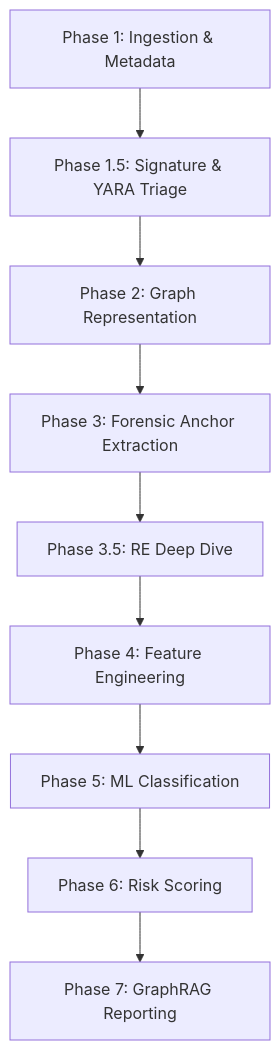
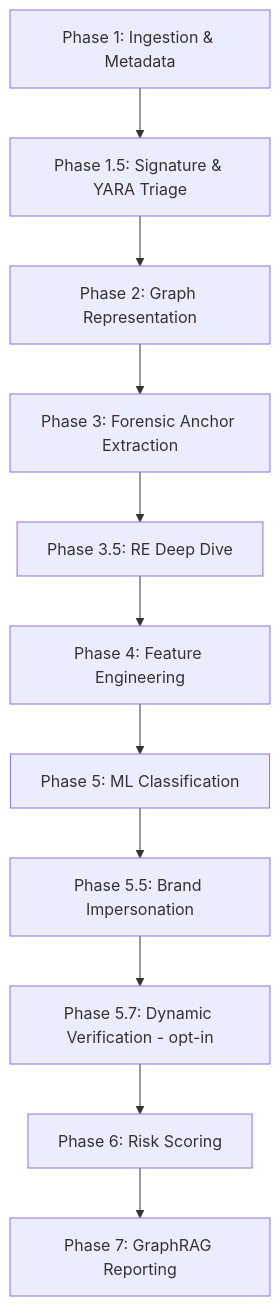
Before and after one commit to rohit-sundar/guardgraph-ai: the diagram in PHASES.md, drawn with Mermaid. The commit also changed other lines of this file and 31 other files, not shown here.

````diff
--- a/PHASES.md
+++ b/PHASES.md
@@ -5,11 +6,13 @@
 ```mermaid
 graph TD
     A[Phase 1: Ingestion & Metadata] --> A2[Phase 1.5: Signature & YARA Triage]
     A2 --> B[Phase 2: Graph Representation]
     B --> C[Phase 3: Forensic Anchor Extraction]
     C --> C5[Phase 3.5: RE Deep Dive]
     C5 --> D[Phase 4: Feature Engineering]
     D --> E[Phase 5: ML Classification]
-    E --> F[Phase 6: Risk Scoring]
+    E --> E5[Phase 5.5: Brand Impersonation]
+    E5 --> E7[Phase 5.7: Dynamic Verification - opt-in]
+    E7 --> F[Phase 6: Risk Scoring]
     F --> G[Phase 7: GraphRAG Reporting]
 ```
````
